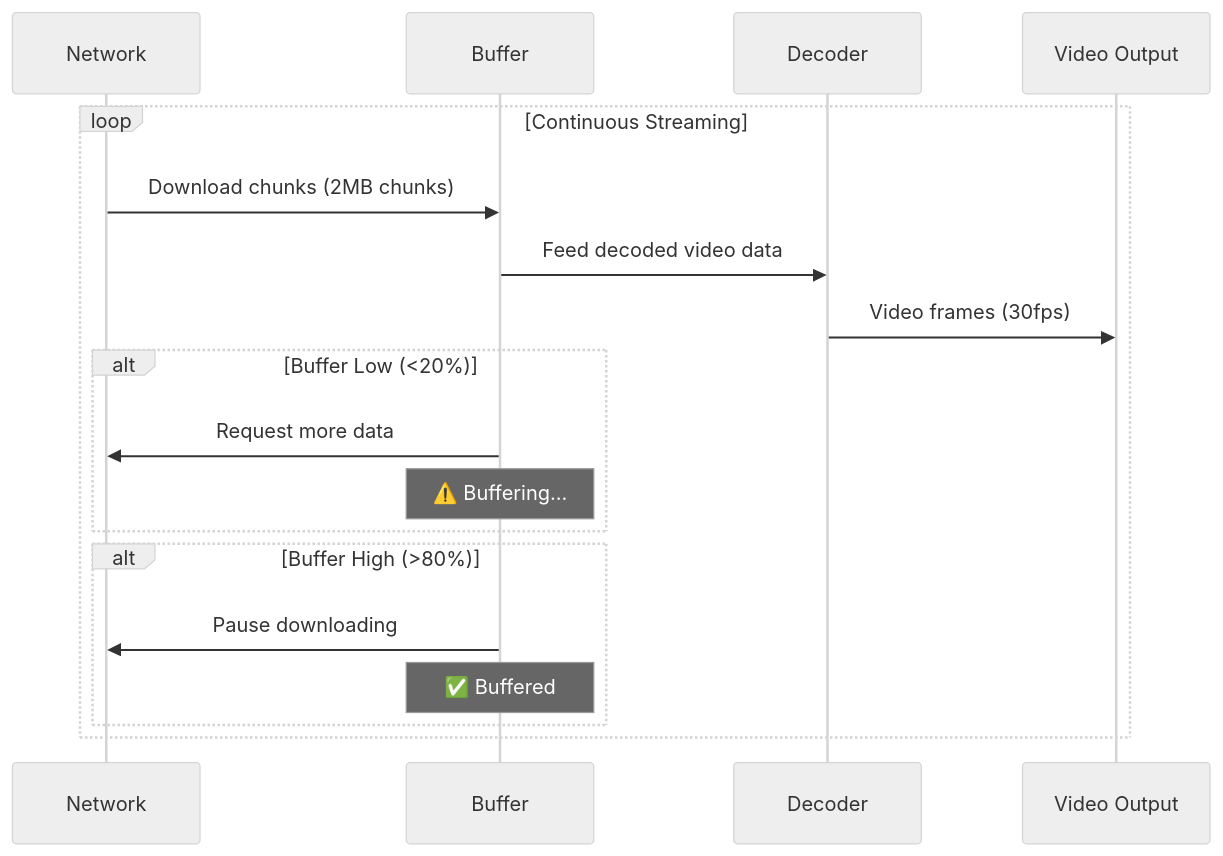
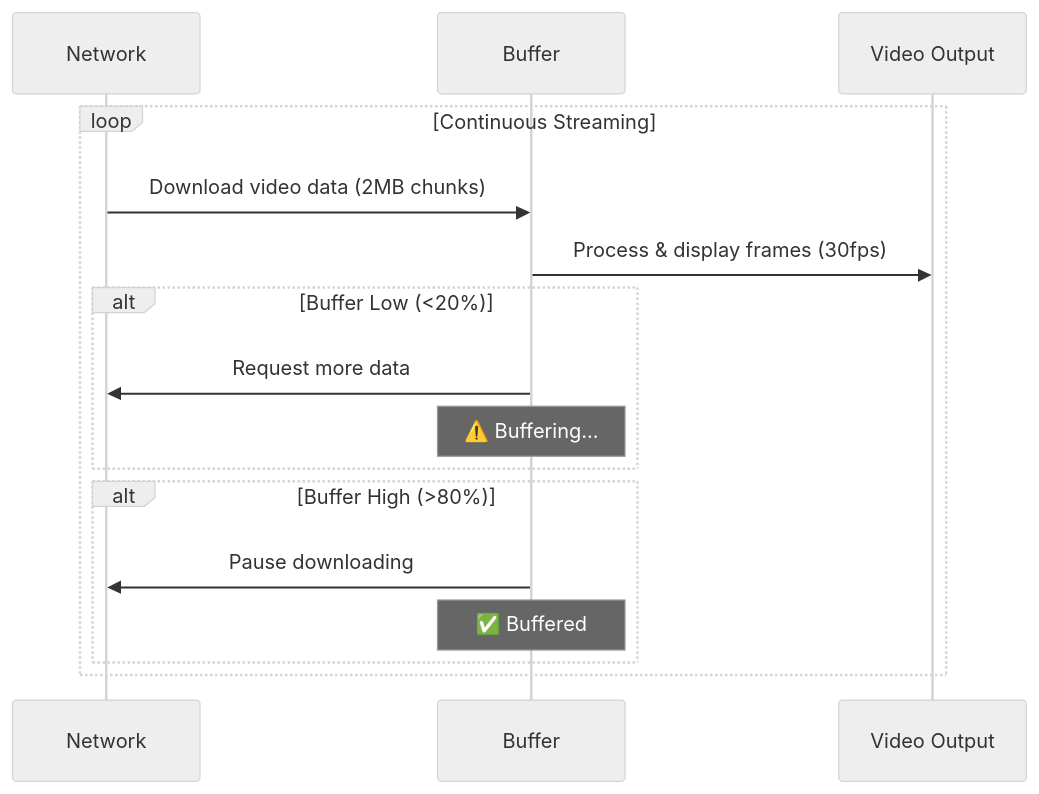
One commit to kcodedev/mkdocs changed the first of 2 diagrams in docs/AS/3-hardware/buffers.md. Above: the diagram before and after it, drawn with Mermaid (neutral theme). The commit also changed other lines of this file, not shown here.

````diff
--- a/docs/AS/3-hardware/buffers.md
+++ b/docs/AS/3-hardware/buffers.md
@@ -9,23 +9,21 @@
 ```mermaid
 sequenceDiagram
     participant N as Network
     participant B as Buffer
-    participant D as Decoder
     participant V as Video Output
     
     loop Continuous Streaming
-        N->>B: Download chunks (2MB chunks)
-        B->>D: Feed decoded video data
-        D->>V: Video frames (30fps)
+        N->>B: Download video data (2MB chunks)
+        B->>V: Process & display frames (30fps)
         
         alt Buffer Low (<20%)
             B->>N: Request more data
             Note over B: ⚠️ Buffering...
         end
         
         alt Buffer High (>80%)
             B->>N: Pause downloading
             Note over B: ✅ Buffered
         end
     end
 ```
````
